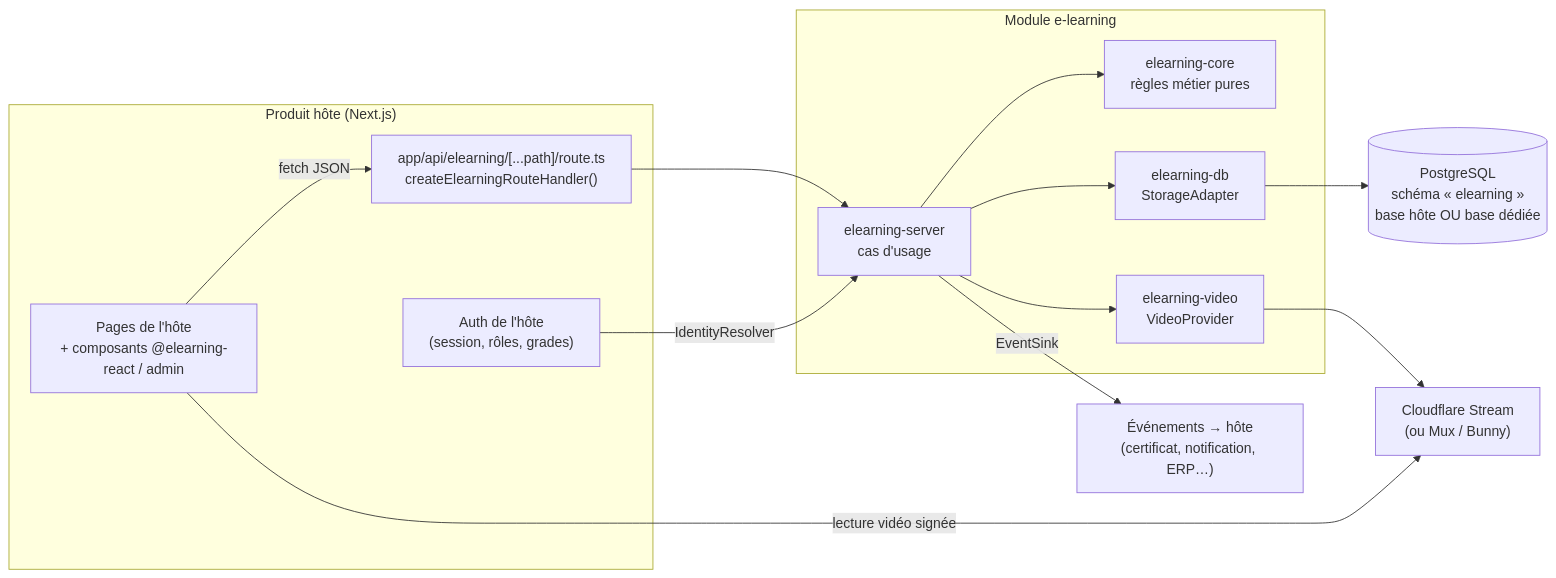
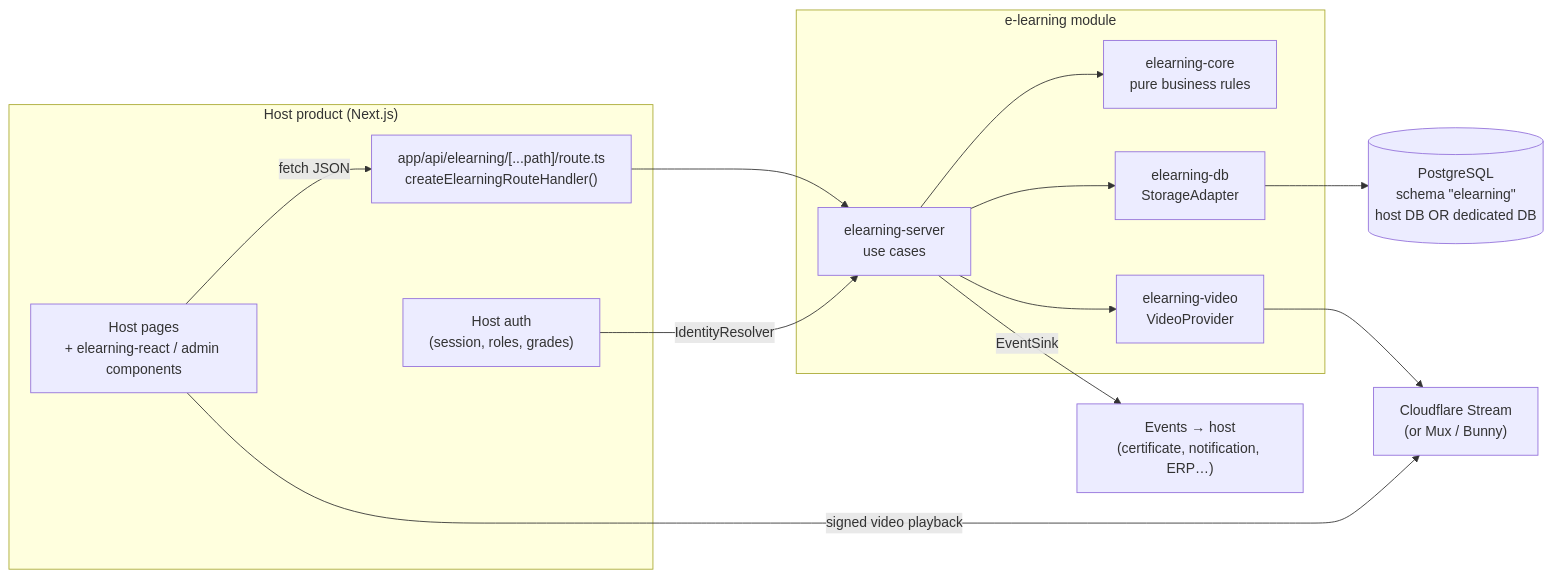
The diagram in docs/specifications/02-architecture.md (BeBranded-xyz/e-learning-by-BeBranded), drawn with Mermaid before and after one commit. The commit also changed other lines of this file and 19 other files, not shown here.

````diff
--- a/docs/specifications/02-architecture.md
+++ b/docs/specifications/02-architecture.md
@@ -47,28 +49,28 @@
 ```mermaid
 flowchart LR
-  subgraph Host["Produit hôte (Next.js)"]
-    UI["Pages de l'hôte<br/>+ composants @elearning-react / admin"]
+  subgraph Host["Host product (Next.js)"]
+    UI["Host pages<br/>+ elearning-react / admin components"]
     Route["app/api/elearning/[...path]/route.ts<br/>createElearningRouteHandler()"]
-    Auth["Auth de l'hôte<br/>(session, rôles, grades)"]
+    Auth["Host auth<br/>(session, roles, grades)"]
   end
 
-  subgraph Module["Module e-learning"]
-    Server["elearning-server<br/>cas d'usage"]
-    Core["elearning-core<br/>règles métier pures"]
+  subgraph Module["e-learning module"]
+    Server["elearning-server<br/>use cases"]
+    Core["elearning-core<br/>pure business rules"]
     DB["elearning-db<br/>StorageAdapter"]
     Video["elearning-video<br/>VideoProvider"]
   end
 
-  PG[("PostgreSQL<br/>schéma « elearning »<br/>base hôte OU base dédiée")]
-  CF["Cloudflare Stream<br/>(ou Mux / Bunny)"]
-  Hooks["Événements → hôte<br/>(certificat, notification, ERP…)"]
+  PG[("PostgreSQL<br/>schema &quot;elearning&quot;<br/>host DB OR dedicated DB")]
+  CF["Cloudflare Stream<br/>(or Mux / Bunny)"]
+  Hooks["Events → host<br/>(certificate, notification, ERP…)"]
 
   UI -- fetch JSON --> Route
   Route --> Server
   Auth -- IdentityResolver --> Server
   Server --> Core
   Server --> DB --> PG
   Server --> Video --> CF
-  UI -- lecture vidéo signée --> CF
+  UI -- signed video playback --> CF
   Server -- EventSink --> Hooks
 ```
````
